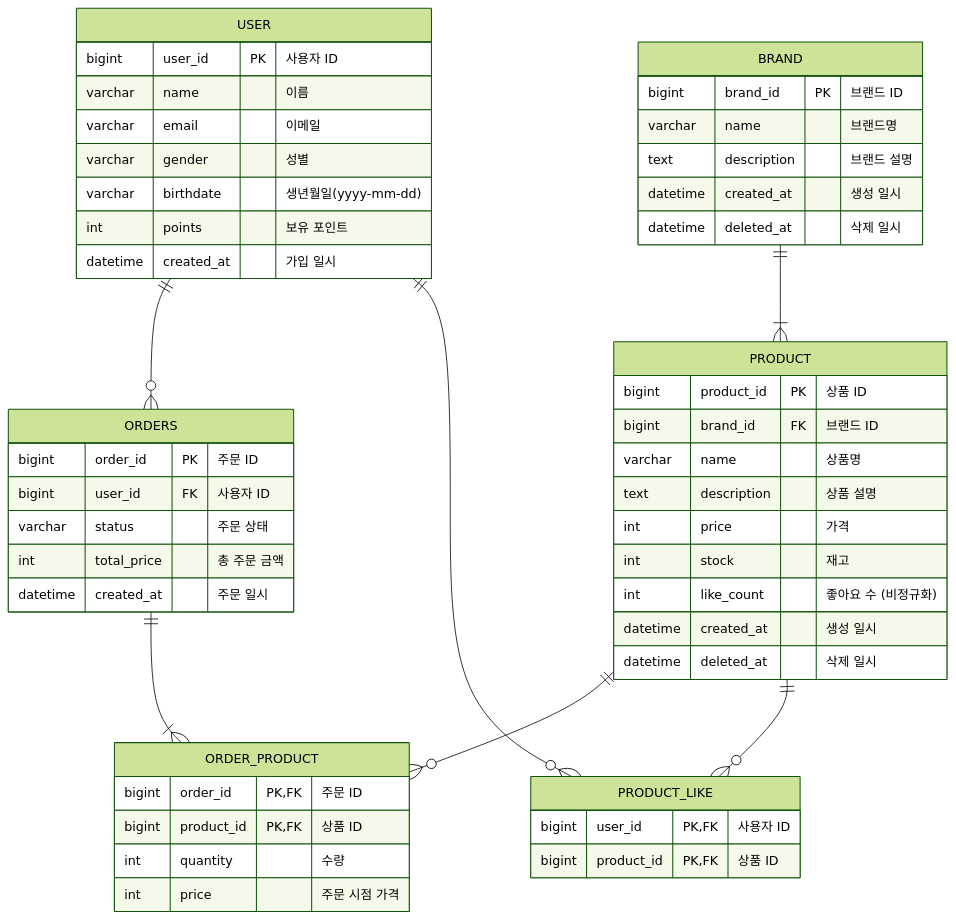
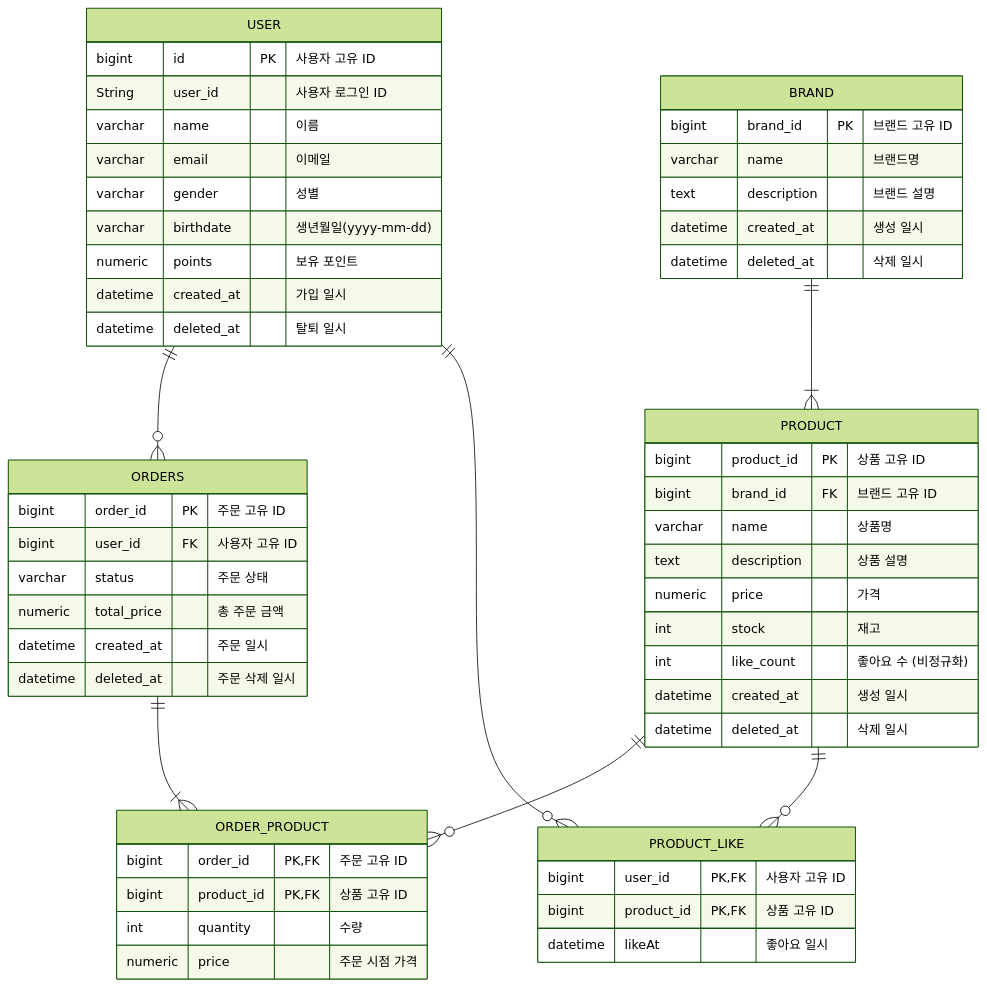
Before and after one commit to Loopers-dev-lab/loopers-spring-java-template: the diagram in docs/week2/04-erd.md, drawn with Mermaid (forest theme). The commit also changed 1 other file, not shown here.

Commit message:
refactor: 설계 문서 수정
- 클래스 다이어그램 제어 동작 상세화
- ERD 컬럼 설명 추가 및 개선

````diff
--- a/docs/week2/04-erd.md
+++ b/docs/week2/04-erd.md
@@ -3,57 +3,61 @@
 ```mermaid
 erDiagram
     USER {
-        bigint user_id PK "사용자 ID"
+        bigint id PK "사용자 고유 ID"
+        String user_id "사용자 로그인 ID"
         varchar name "이름"
         varchar email "이메일"
         varchar gender "성별"
         varchar birthdate "생년월일(yyyy-mm-dd)"
-        int points "보유 포인트"
+        numeric points "보유 포인트"
         datetime created_at "가입 일시"
+        datetime deleted_at "탈퇴 일시"
     }
     ORDERS {
-        bigint order_id PK "주문 ID"
-        bigint user_id FK "사용자 ID"
+        bigint order_id PK "주문 고유 ID"
+        bigint user_id FK "사용자 고유 ID"
         varchar status "주문 상태"
-        int total_price "총 주문 금액"
+        numeric total_price "총 주문 금액"
         datetime created_at "주문 일시"
+        datetime deleted_at "주문 삭제 일시"
     }
     ORDER_PRODUCT {
-        bigint order_id PK, FK "주문 ID"
-        bigint product_id PK, FK "상품 ID"
+        bigint order_id PK, FK "주문 고유 ID"
+        bigint product_id PK, FK "상품 고유 ID"
         int quantity "수량"
-        int price "주문 시점 가격"
+        numeric price "주문 시점 가격"
     }
     PRODUCT {
-        bigint product_id PK "상품 ID"
-        bigint brand_id FK "브랜드 ID"
+        bigint product_id PK "상품 고유 ID"
+        bigint brand_id FK "브랜드 고유 ID"
         varchar name "상품명"
         text description "상품 설명"
-        int price "가격"
+        numeric price "가격"
         int stock "재고"
         int like_count "좋아요 수 (비정규화)"
         datetime created_at "생성 일시"
         datetime deleted_at "삭제 일시"
     }
     PRODUCT_LIKE {
-        bigint user_id PK, FK "사용자 ID"
-        bigint product_id PK, FK "상품 ID"
+        bigint user_id PK, FK "사용자 고유 ID"
+        bigint product_id PK, FK "상품 고유 ID"
+        datetime likeAt "좋아요 일시"
     }
     BRAND {
-        bigint brand_id PK "브랜드 ID"
+        bigint brand_id PK "브랜드 고유 ID"
         varchar name "브랜드명"
         text description "브랜드 설명"
         datetime created_at "생성 일시"
         datetime deleted_at "삭제 일시"
     }
 
     USER ||--o{ ORDERS : ""
     USER ||--o{ PRODUCT_LIKE : ""
 
     PRODUCT ||--o{ ORDER_PRODUCT : ""
     PRODUCT ||--o{ PRODUCT_LIKE : ""
-    
+
     ORDERS ||--|{ ORDER_PRODUCT : ""
 
     BRAND ||--|{ PRODUCT : ""
 ```
````
